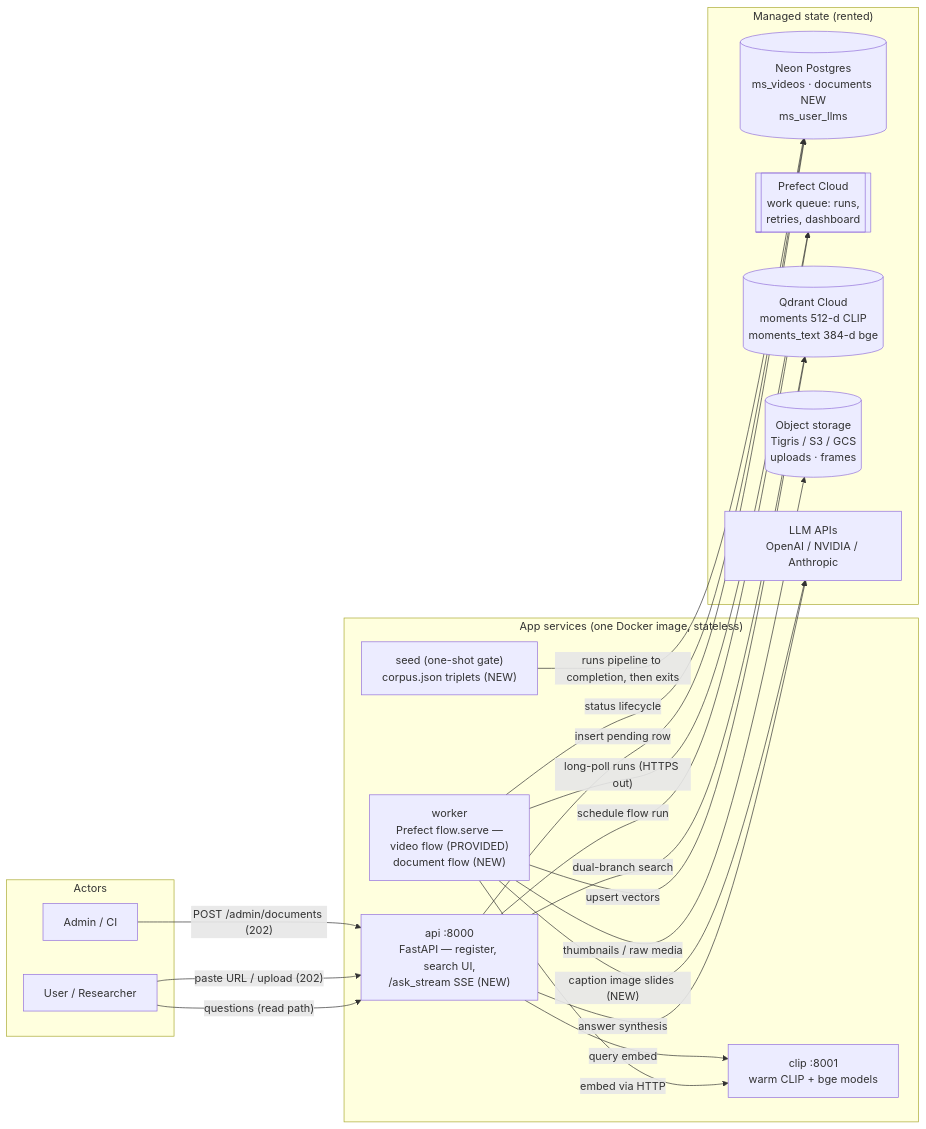
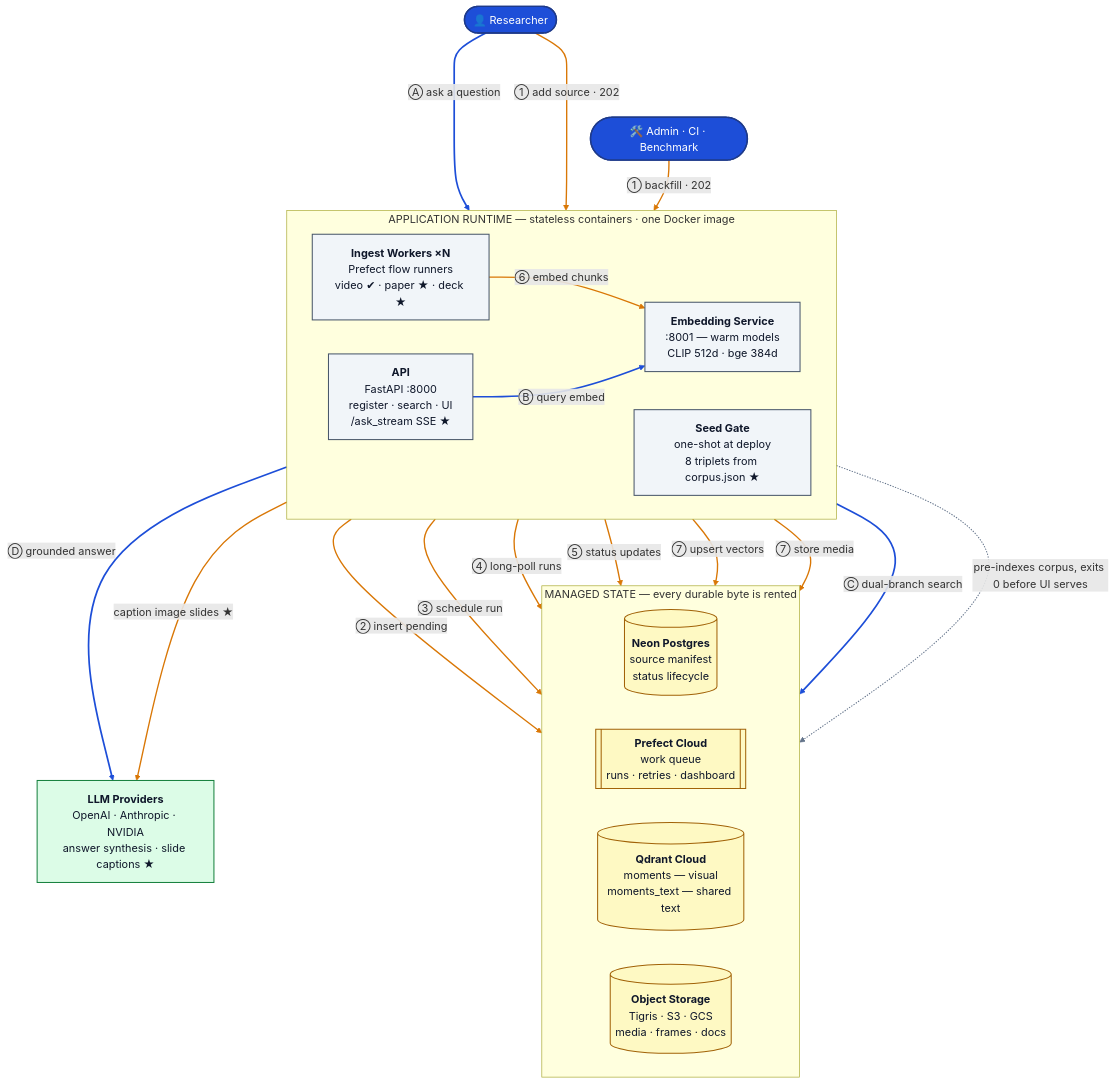
Before and after one commit to Bhardwaj-Saurabh/ScholarMomentSearch: the first of 6 diagrams in ARCHITECTURE.md, drawn with Mermaid. The commit also changed other lines of this file, not shown here.

Commit message:
Redesign HLD diagrams: layered layout, color-coded read/write paths

````diff
--- a/ARCHITECTURE.md
+++ b/ARCHITECTURE.md
@@ -61,38 +65,48 @@
 ```mermaid
-flowchart LR
-  subgraph actors [Actors]
-    U[User / Researcher]
-    A[Admin / CI]
+flowchart TB
+  classDef actor fill:#1d4ed8,stroke:#1e3a8a,stroke-width:2px,color:#ffffff
+  classDef app fill:#f1f5f9,stroke:#475569,stroke-width:1.5px,color:#0f172a
+  classDef state fill:#fef9c3,stroke:#a16207,stroke-width:1.5px,color:#0f172a
+  classDef ext fill:#dcfce7,stroke:#15803d,stroke-width:1.5px,color:#0f172a
+
+  U(["👤 Researcher"]):::actor
+  A(["🛠️ Admin · CI · Benchmark"]):::actor
+
+  subgraph RUNTIME ["APPLICATION RUNTIME — stateless containers · one Docker image"]
+    direction LR
+    API["<b>API</b><br/>FastAPI :8000<br/>register · search · UI<br/>/ask_stream SSE ★"]:::app
+    EMB["<b>Embedding Service</b><br/>:8001 — warm models<br/>CLIP 512d · bge 384d"]:::app
+    WK["<b>Ingest Workers ×N</b><br/>Prefect flow runners<br/>video ✔ · paper ★ · deck ★"]:::app
+    SEED["<b>Seed Gate</b><br/>one-shot at deploy<br/>8 triplets from corpus.json ★"]:::app
   end
 
-  subgraph app ["App services (one Docker image, stateless)"]
-    API["api :8000<br/>FastAPI — register, search UI,<br/>/ask_stream SSE (NEW)"]
-    W["worker<br/>Prefect flow.serve —<br/>video flow (PROVIDED)<br/>document flow (NEW)"]
-    CLIP["clip :8001<br/>warm CLIP + bge models"]
-    SEED["seed (one-shot gate)<br/>corpus.json triplets (NEW)"]
+  subgraph STATE ["MANAGED STATE — every durable byte is rented"]
+    direction LR
+    PG[("<b>Neon Postgres</b><br/>source manifest<br/>status lifecycle")]:::state
+    MQ[["<b>Prefect Cloud</b><br/>work queue<br/>runs · retries · dashboard"]]:::state
+    VDB[("<b>Qdrant Cloud</b><br/>moments — visual<br/>moments_text — shared text")]:::state
+    OBJ[("<b>Object Storage</b><br/>Tigris · S3 · GCS<br/>media · frames · docs")]:::state
   end
 
-  subgraph managed ["Managed state (rented)"]
-    PG[("Neon Postgres<br/>ms_videos · documents NEW<br/>ms_user_llms")]
-    PF[["Prefect Cloud<br/>work queue: runs,<br/>retries, dashboard"]]
-    QD[("Qdrant Cloud<br/>moments 512-d CLIP<br/>moments_text 384-d bge")]
-    OS[("Object storage<br/>Tigris / S3 / GCS<br/>uploads · frames")]
-    LLM["LLM APIs<br/>OpenAI / NVIDIA / Anthropic"]
-  end
+  LLMX["<b>LLM Providers</b><br/>OpenAI · Anthropic · NVIDIA<br/>answer synthesis · slide captions ★"]:::ext
 
-  U -- "questions (read path)" --> API
-  U -- "paste URL / upload (202)" --> API
-  A -- "POST /admin/documents (202)" --> API
-  API -- "insert pending row" --> PG
-  API -- "schedule flow run" --> PF
-  W -- "long-poll runs (HTTPS out)" --> PF
-  W -- "status lifecycle" --> PG
-  W -- "embed via HTTP" --> CLIP
-  W -- "upsert vectors" --> QD
-  W -- "thumbnails / raw media" --> OS
-  API -- "dual-branch search" --> QD
-  API -- "query embed" --> CLIP
-  API -- "answer synthesis" --> LLM
-  W -- "caption image slides (NEW)" --> LLM
-  SEED -- "runs pipeline to completion, then exits" --> PG
+  U ---->|"Ⓐ ask a question"| API
+  U -->|"① add source · 202"| API
+  A -->|"① backfill · 202"| API
+  API -->|"② insert pending"| PG
+  API -->|"③ schedule run"| MQ
+  WK -->|"④ long-poll runs"| MQ
+  WK -->|"⑤ status updates"| PG
+  WK -->|"⑥ embed chunks"| EMB
+  WK -->|"⑦ upsert vectors"| VDB
+  WK -->|"⑦ store media"| OBJ
+  API -->|"Ⓑ query embed"| EMB
+  API -->|"Ⓒ dual-branch search"| VDB
+  API -->|"Ⓓ grounded answer"| LLMX
+  WK -->|"caption image slides ★"| LLMX
+  SEED -.->|"pre-indexes corpus, exits 0 before UI serves"| PG
+
+  linkStyle 0,10,11,12 stroke:#1d4ed8,stroke-width:2.5px
+  linkStyle 1,2,3,4,5,6,7,8,9,13 stroke:#d97706,stroke-width:2px
+  linkStyle 14 stroke:#64748b,stroke-width:1.5px
 ```
````
